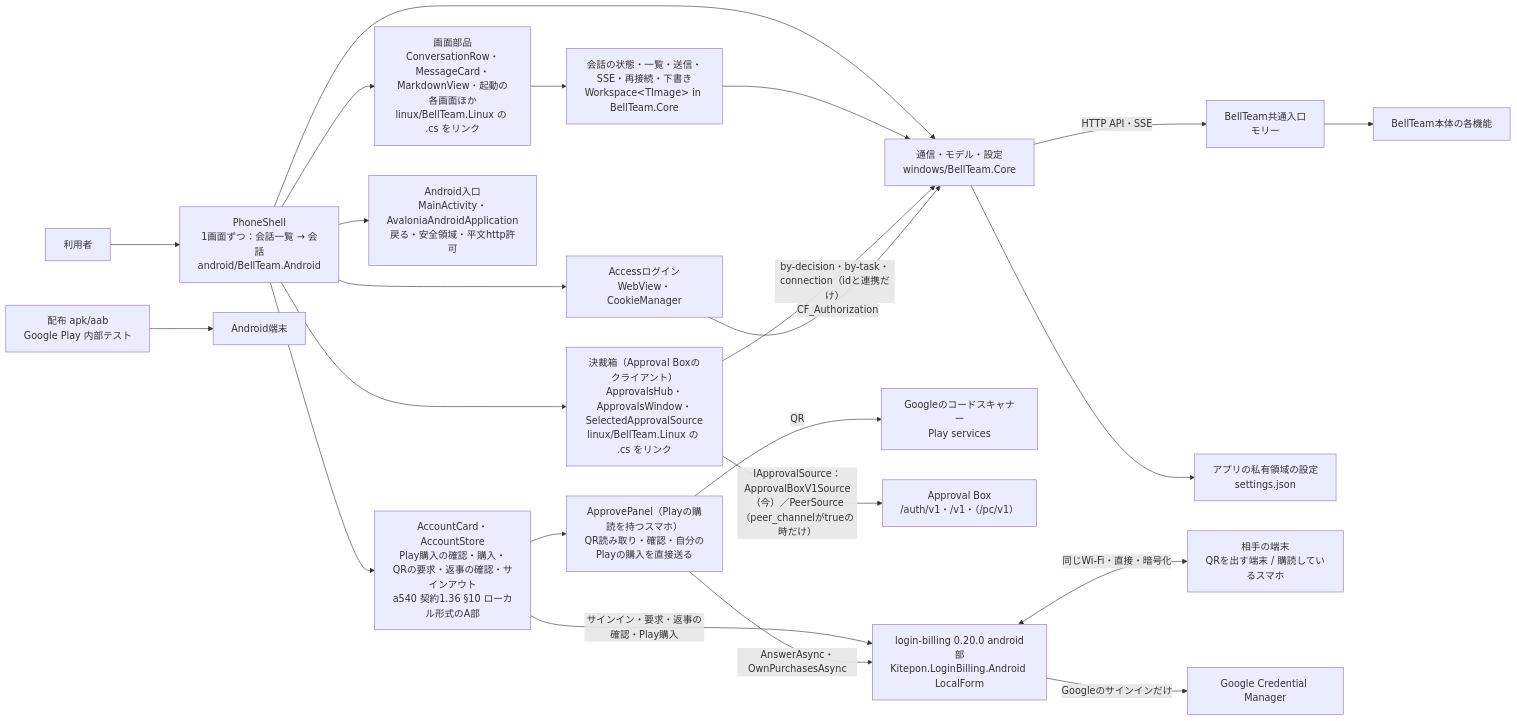
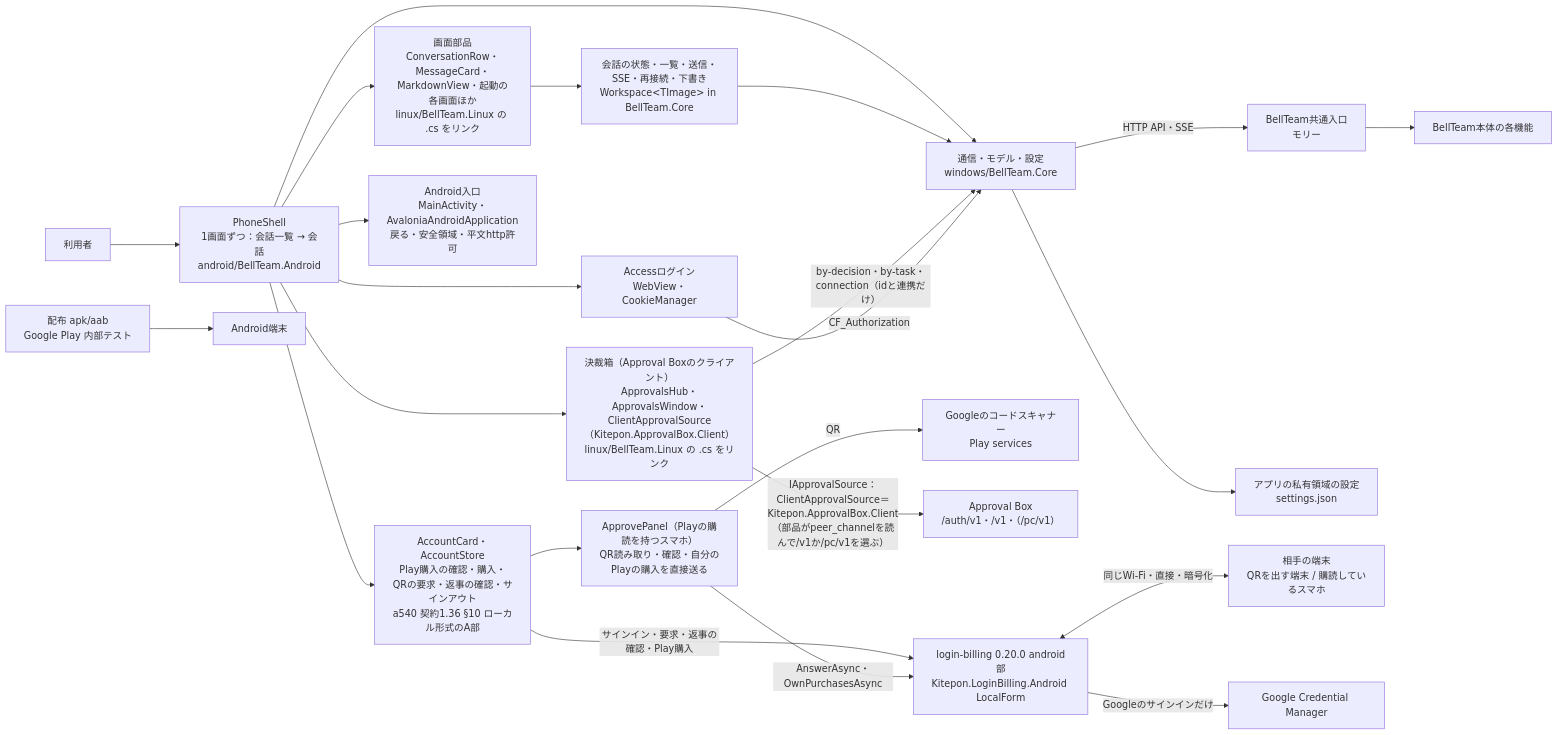
Before and after one commit to kitepon/BellTeam: the first of 2 diagrams in docs/android-architecture.md, drawn with Mermaid. The commit also changed other lines of this file and 31 other files, not shown here.

First line of the commit message:
Linux and Android read the 決裁箱 through Kitepon.ApprovalBox.Client 0.1.0

````diff
--- a/docs/android-architecture.md
+++ b/docs/android-architecture.md
@@ -9,25 +9,25 @@
 ```mermaid
 flowchart LR
   user[利用者] --> shell[PhoneShell<br/>1画面ずつ：会話一覧 → 会話<br/>android/BellTeam.Android]
   shell --> views[画面部品<br/>ConversationRow・MessageCard・MarkdownView・起動の各画面ほか<br/>linux/BellTeam.Linux の .cs をリンク]
   views --> ws[会話の状態・一覧・送信・SSE・再接続・下書き<br/>Workspace&lt;TImage&gt; in BellTeam.Core]
   shell --> core[通信・モデル・設定<br/>windows/BellTeam.Core]
   ws --> core
   core -->|HTTP API・SSE| integration[BellTeam共通入口<br/>モリー]
   core --> local[アプリの私有領域の設定<br/>settings.json]
   shell --> account[AccountCard・AccountStore<br/>Play購入の確認・購入・QRの要求・返事の確認・サインアウト<br/>a540 契約1.36 §10 ローカル形式のA部]
   account --> approve[ApprovePanel（Playの購読を持つスマホ）<br/>QR読み取り・確認・自分のPlayの購入を直接送る]
   approve -->|QR| scanner[Googleのコードスキャナー<br/>Play services]
-  shell --> abx[決裁箱（Approval Boxのクライアント）<br/>ApprovalsHub・ApprovalsWindow・SelectedApprovalSource<br/>linux/BellTeam.Linux の .cs をリンク]
-  abx -->|IApprovalSource：ApprovalBoxV1Source（今）／PeerSource（peer_channelがtrueの時だけ）| abxsrv[Approval Box<br/>/auth/v1・/v1・（/pc/v1）]
+  shell --> abx[決裁箱（Approval Boxのクライアント）<br/>ApprovalsHub・ApprovalsWindow・ClientApprovalSource（Kitepon.ApprovalBox.Client）<br/>linux/BellTeam.Linux の .cs をリンク]
+  abx -->|IApprovalSource：ClientApprovalSource＝Kitepon.ApprovalBox.Client（部品がpeer_channelを読んで/v1か/pc/v1を選ぶ）| abxsrv[Approval Box<br/>/auth/v1・/v1・（/pc/v1）]
   abx -->|by-decision・by-task・connection（idと連携だけ）| core
   account -->|サインイン・要求・返事の確認・Play購入| lib[login-billing 0.20.0 android部<br/>Kitepon.LoginBilling.Android LocalForm]
   approve -->|AnswerAsync・OwnPurchasesAsync| lib
   lib <-->|同じWi-Fi・直接・暗号化| peer[相手の端末<br/>QRを出す端末 / 購読しているスマホ]
   lib -->|Googleのサインインだけ| google[Google Credential Manager]
   shell --> access[Accessログイン<br/>WebView・CookieManager]
   access -->|CF_Authorization| core
   shell --> android[Android入口<br/>MainActivity・AvaloniaAndroidApplication<br/>戻る・安全領域・平文http許可]
   release[配布 apk/aab<br/>Google Play 内部テスト] --> device[Android端末]
   integration --> server[BellTeam本体の各機能]
 ```
````
